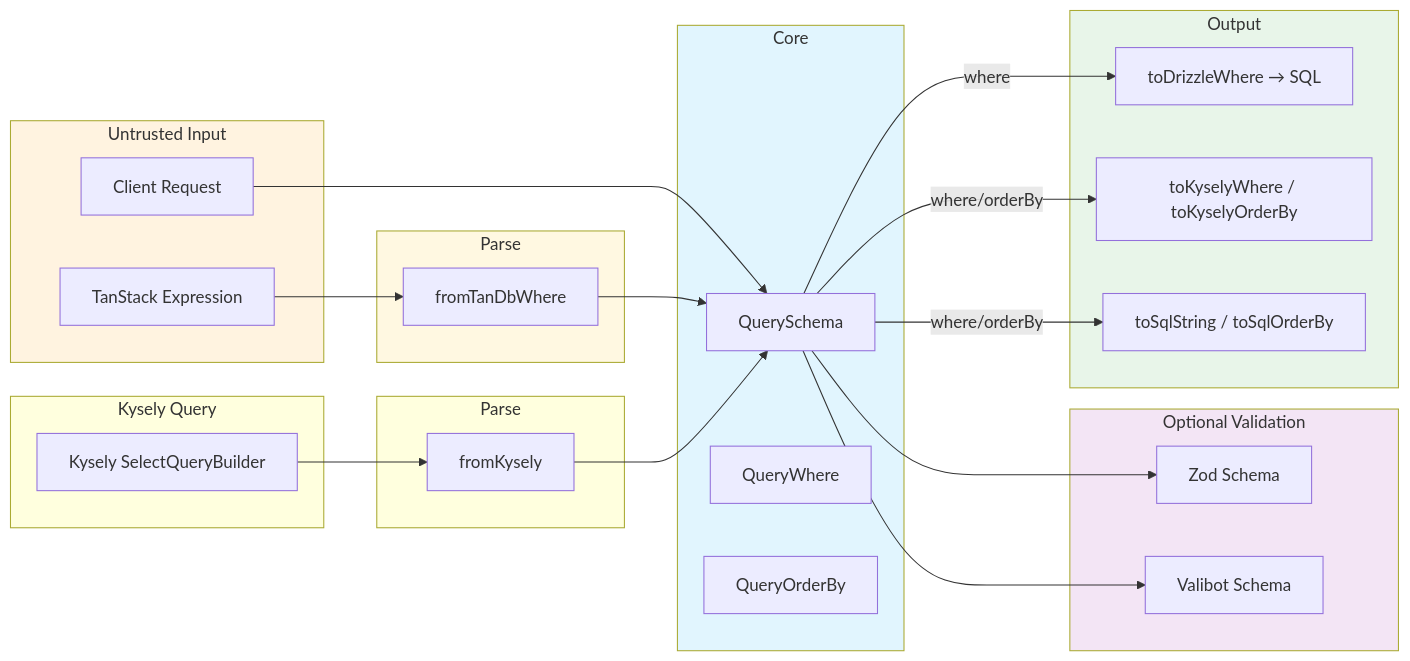
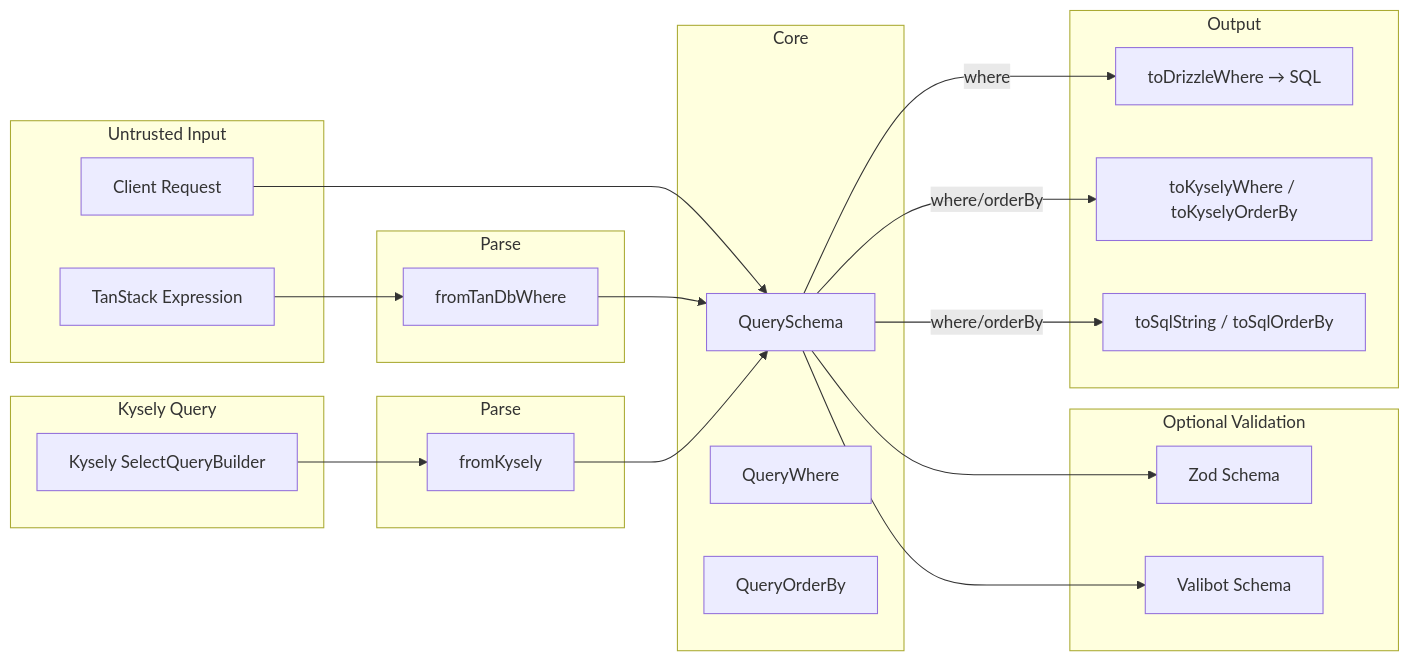
One commit to Nahida-aa/agnostic-query changed the second of 3 diagrams in README.md. Above: the diagram before and after it, drawn with Mermaid. The commit also changed other lines of this file, not shown here.

````diff
--- a/README.md
+++ b/README.md
@@ -33,51 +31,45 @@
 ```mermaid
 flowchart LR
     subgraph Input["Untrusted Input"]
         client[Client Request]
         tanstack_expr[TanStack Expression]
     end
 
     subgraph Parse["Parse"]
         tanparse["fromTanDbWhere"]
     end
 
     subgraph Validate["Optional Validation"]
         zod[Zod Schema]
         valibot[Valibot Schema]
     end
 
     subgraph Core["Core"]
         qs[QuerySchema]
         qw[QueryWhere]
         qob[QueryOrderBy]
     end
 
     subgraph Output["Output"]
         drizzle["toDrizzleWhere → SQL"]
         kysely_out["toKyselyWhere / toKyselyOrderBy"]
         sql_out["toSqlString / toSqlOrderBy"]
     end
 
     subgraph Input2["Kysely Query"]
         kysely_ast[Kysely SelectQueryBuilder]
     end
 
     subgraph Parse2["Parse"]
         kysely_parse["fromKysely"]
     end
 
     client --> qs
     qs --> zod
     qs --> valibot
     tanstack_expr --> tanparse --> qs
     qs -- where --> drizzle
     qs -- where/orderBy --> kysely_out
     qs -- where/orderBy --> sql_out
     kysely_ast --> kysely_parse --> qs
-
-    style Input fill:#fff3e0
-    style Parse fill:#fff8e1
-    style Validate fill:#f3e5f5
-    style Core fill:#e1f5fe
-    style Output fill:#e8f5e9
 ```
````
